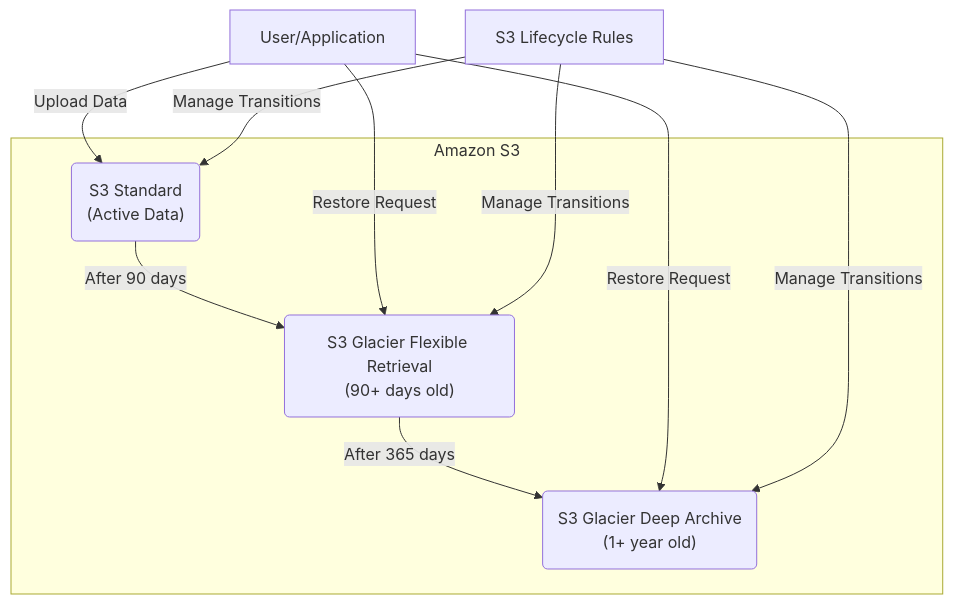
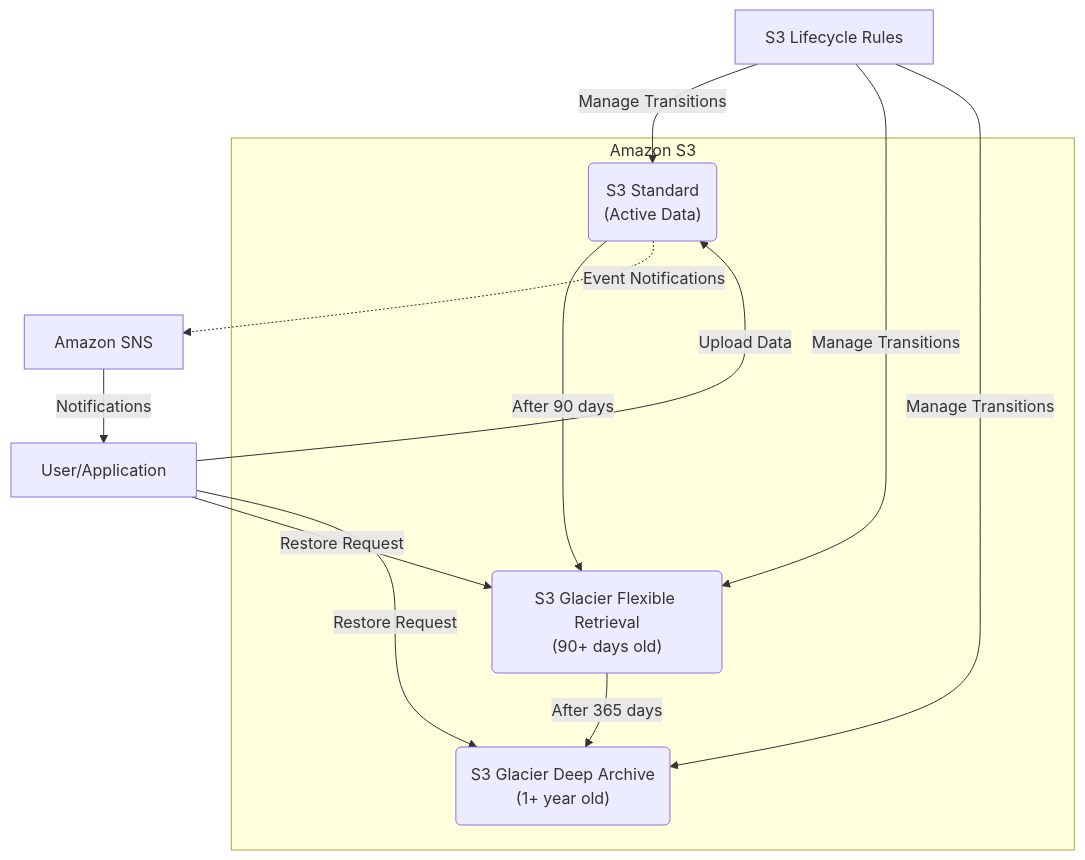
The diagram in aws/data-archiving-s3-glacier/data-archiving-s3-glacier.md (mzazon/awesome-cloud-projects), drawn with Mermaid before and after one commit. The commit also changed other lines of this file and 5581 other files, not shown here.

````diff
--- a/aws/data-archiving-s3-glacier/data-archiving-s3-glacier.md
+++ b/aws/data-archiving-s3-glacier/data-archiving-s3-glacier.md
@@ -30,19 +30,22 @@
 ```mermaid
 flowchart TD
     subgraph "Amazon S3"
         S3Standard("S3 Standard\n(Active Data)")
         S3GlacierFlexible("S3 Glacier Flexible Retrieval\n(90+ days old)")
         S3GlacierDeep("S3 Glacier Deep Archive\n(1+ year old)")
     end
     
     S3Standard -->|After 90 days| S3GlacierFlexible
     S3GlacierFlexible -->|After 365 days| S3GlacierDeep
     
     User[User/Application] -->|Upload Data| S3Standard
     User -->|Restore Request| S3GlacierFlexible
     User -->|Restore Request| S3GlacierDeep
     
     AWS_LifecycleRules[S3 Lifecycle Rules] -->|Manage Transitions| S3Standard
     AWS_LifecycleRules -->|Manage Transitions| S3GlacierFlexible
     AWS_LifecycleRules -->|Manage Transitions| S3GlacierDeep
+    
+    SNS[Amazon SNS] -->|Notifications| User
+    S3Standard -.->|Event Notifications| SNS
 ```
````
